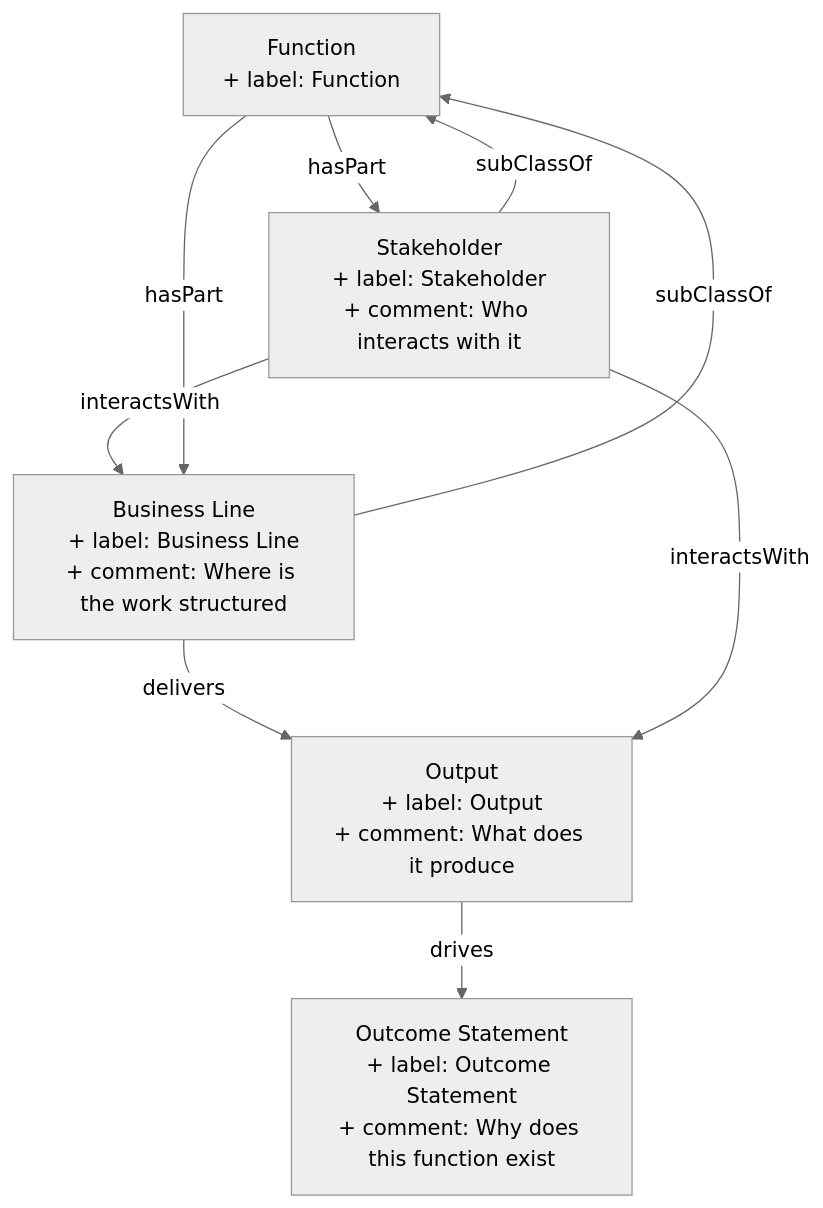
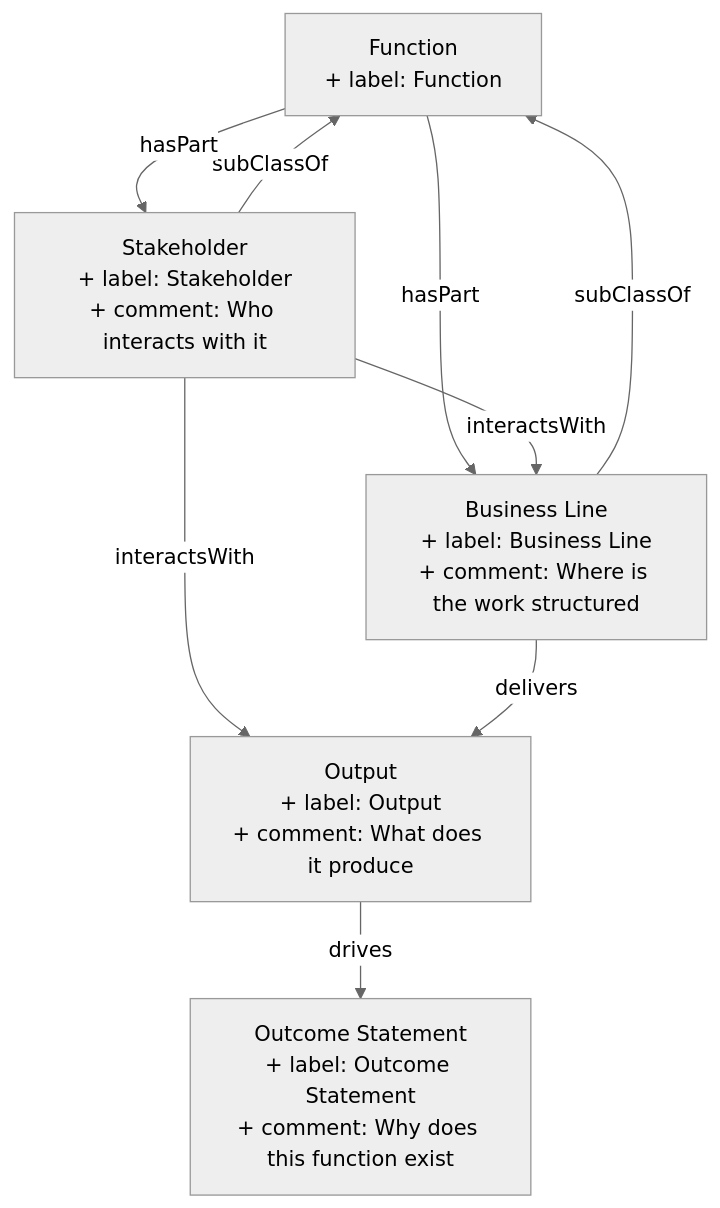
One commit to heidingaway/heidi2 changed the diagram in content/function.md. Above: the diagram before and after it, drawn with Mermaid (neutral theme). The commit also changed other lines of this file and 372 other files, not shown here.

````diff
--- a/content/function.md
+++ b/content/function.md
@@ -28,16 +28,16 @@
 ```mermaid
 graph TD
   Function["Function<br>+ label: Function"]:::current-page-node
   Stakeholder["Stakeholder<br>+ label: Stakeholder<br>+ comment: Who interacts with it"]
   Business_Line["Business Line<br>+ label: Business Line<br>+ comment: Where is the work structured"]
   Output["Output<br>+ label: Output<br>+ comment: What does it produce"]
   Outcome_Statement["Outcome Statement<br>+ label: Outcome Statement<br>+ comment: Why does this function exist"]
+  Output-->|" drives "|Outcome_Statement
+  Stakeholder-->|" subClassOf "|Function
+  Function-->|" hasPart "|Business_Line
+  Stakeholder-->|" interactsWith "|Output
   Stakeholder-->|" interactsWith "|Business_Line
+  Function-->|" hasPart "|Stakeholder
+  Business_Line-->|" subClassOf "|Function
   Business_Line-->|" delivers "|Output
-  Function-->|" hasPart "|Business_Line
-  Stakeholder-->|" subClassOf "|Function
-  Function-->|" hasPart "|Stakeholder
-  Stakeholder-->|" interactsWith "|Output
-  Output-->|" drives "|Outcome_Statement
-  Business_Line-->|" subClassOf "|Function
 ```
````
